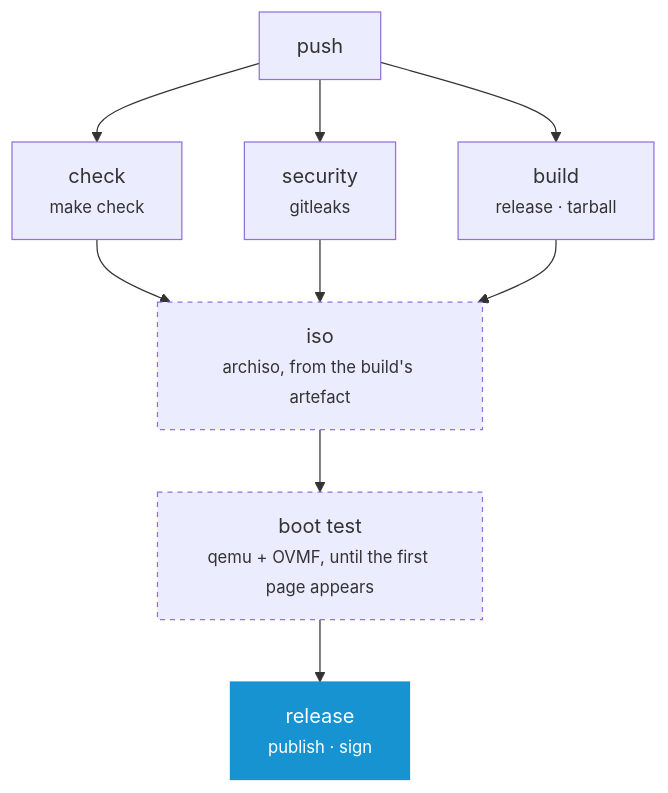
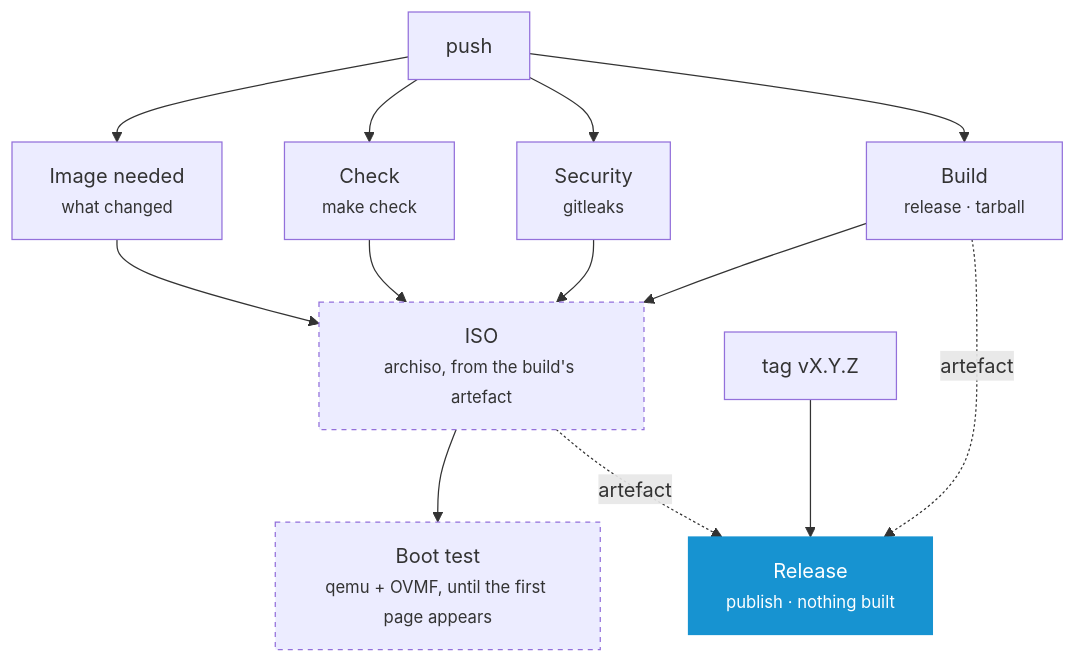
One commit to murkl/arch-os changed the second of 2 diagrams in docs/CONTRIBUTING.md. Above: the diagram before and after it, drawn with Mermaid. The commit also changed other lines of this file and 13 other files, not shown here.

Commit message:
Build once on main and publish that run's artefacts from a tag

````diff
--- a/docs/CONTRIBUTING.md
+++ b/docs/CONTRIBUTING.md
@@ -51,15 +84,19 @@
 ```mermaid
 flowchart TD
-    P["push"] --> C["check<br/><small>make check</small>"]
-    P --> S["security<br/><small>gitleaks</small>"]
-    P --> B["build<br/><small>release · tarball</small>"]
+    P["push"] --> G["Image needed<br/><small>what changed</small>"]
+    P --> C["Check<br/><small>make check</small>"]
+    P --> S["Security<br/><small>gitleaks</small>"]
+    P --> B["Build<br/><small>release · tarball</small>"]
+    G --> I
     C --> I
     S --> I
-    B --> I["iso<br/><small>archiso, from the build's artefact</small>"]
-    I --> K["boot test<br/><small>qemu + OVMF, until the first page appears</small>"]
-    K --> M["release<br/><small>publish · sign</small>"]
+    B --> I["ISO<br/><small>archiso, from the build's artefact</small>"]
+    I --> K["Boot test<br/><small>qemu + OVMF, until the first page appears</small>"]
+    T["tag vX.Y.Z"] --> R["Release<br/><small>publish · nothing built</small>"]
+    B -.->|"artefact"| R
+    I -.->|"artefact"| R
 
     style I stroke-dasharray: 4 4
     style K stroke-dasharray: 4 4
-    style M fill:#1793d1,stroke:#1793d1,color:#fff
+    style R fill:#1793d1,stroke:#1793d1,color:#fff
 ```
````
